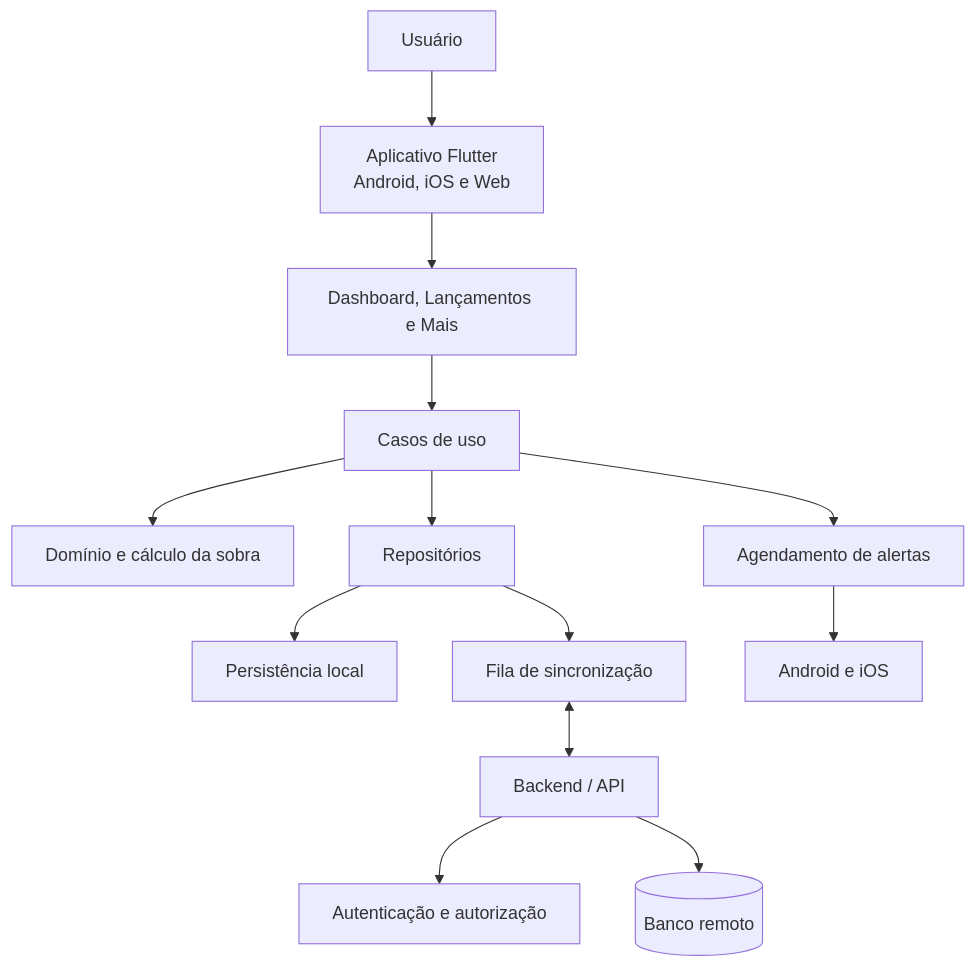
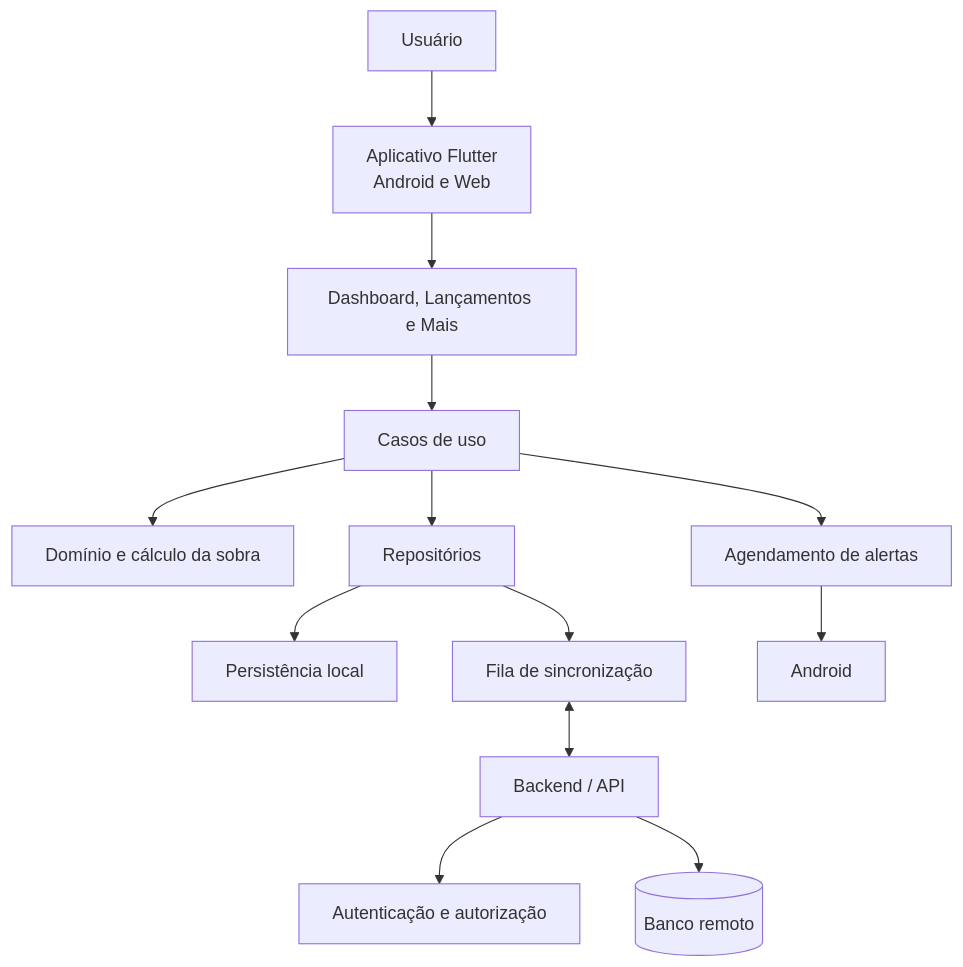
The diagram in docs/arquitetura.md (rafaell0407/Porquinho), drawn with Mermaid before and after one commit. The commit also changed other lines of this file and 120 other files, not shown here.

````diff
--- a/docs/arquitetura.md
+++ b/docs/arquitetura.md
@@ -84,15 +74,15 @@
 ```mermaid
 flowchart TD
-    U[Usuário] --> APP[Aplicativo Flutter<br/>Android, iOS e Web]
+    U[Usuário] --> APP[Aplicativo Flutter<br/>Android e Web]
     APP --> UI[Dashboard, Lançamentos e Mais]
     UI --> UC[Casos de uso]
     UC --> DOM[Domínio e cálculo da sobra]
     UC --> REP[Repositórios]
     REP --> LOCAL[Persistência local]
     REP --> QUEUE[Fila de sincronização]
     QUEUE <--> API[Backend / API]
     API --> AUTH[Autenticação e autorização]
     API --> DB[(Banco remoto)]
     UC --> NOTIF[Agendamento de alertas]
-    NOTIF --> MOBILE[Android e iOS]
+    NOTIF --> MOBILE[Android]
 ```
````
